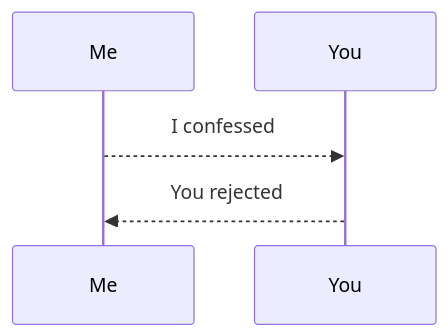
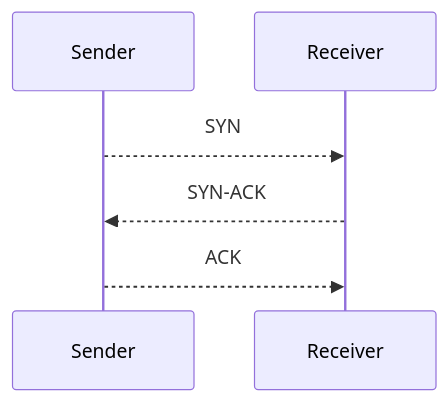
The second of 3 diagrams in Linuxing time/All About Linux/Diagrams.md (dandeviant/INFINEON), drawn with Mermaid before and after one commit. The commit also changed other lines of this file and 8 other files, not shown here.

````diff
--- a/Linuxing time/All About Linux/Diagrams.md
+++ b/Linuxing time/All About Linux/Diagrams.md
@@ -11,5 +16,7 @@
 ```mermaid
 sequenceDiagram
-Me -->> You: I confessed
-You -->> Me: You rejected
+
+Sender -->> Receiver: SYN
+Receiver -->> Sender: SYN-ACK
+Sender -->> Receiver: ACK
 ```
````
